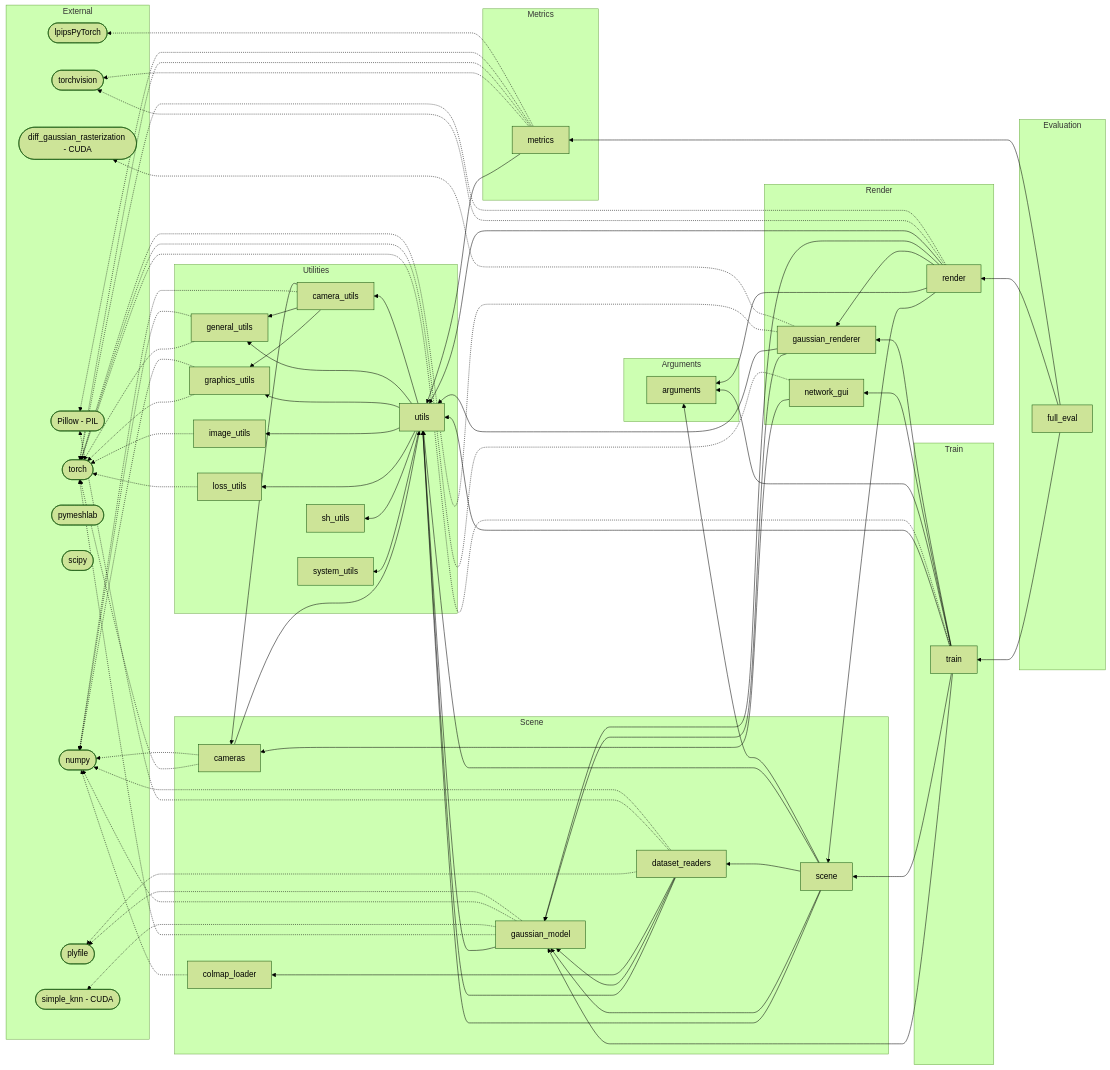
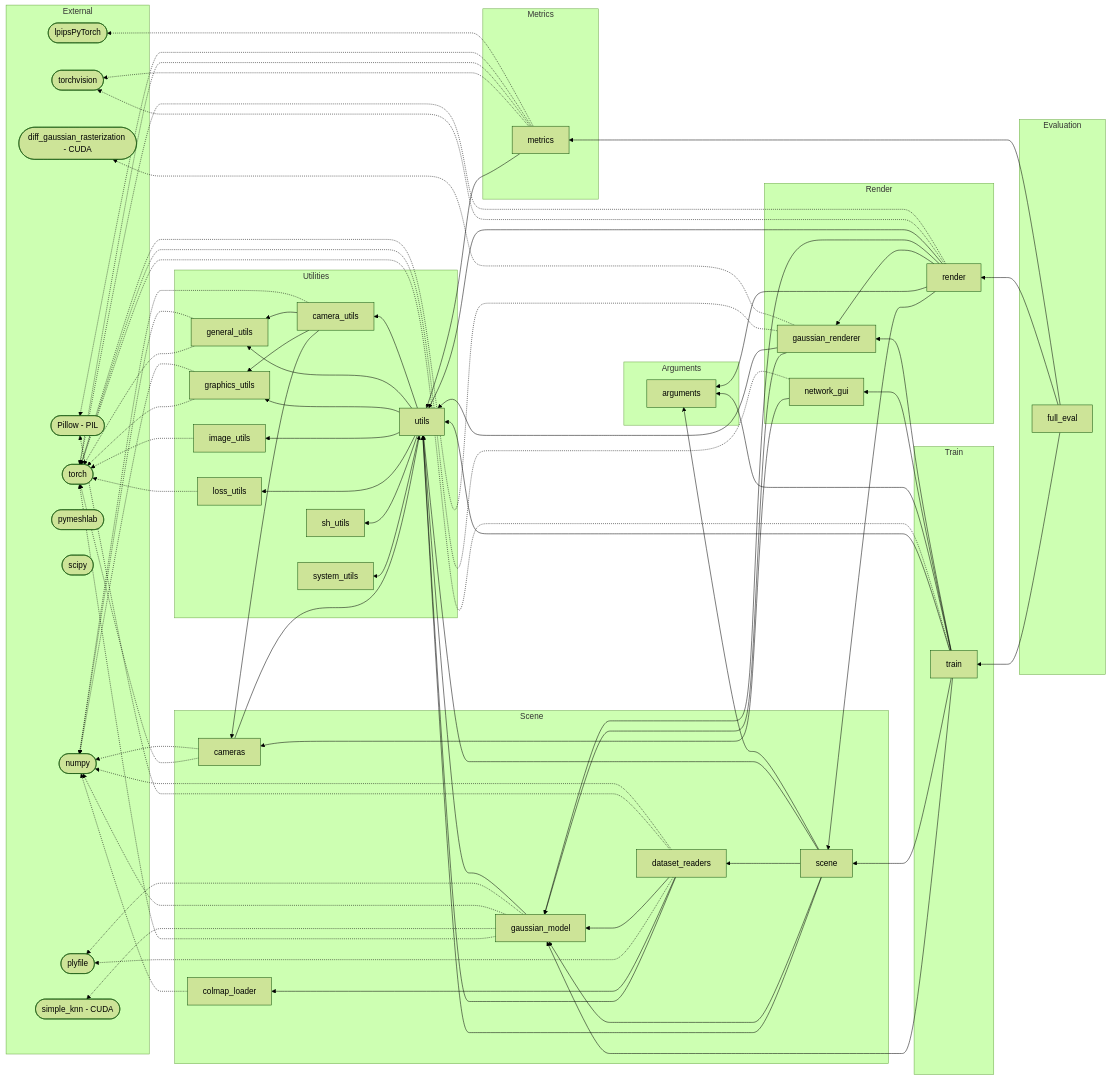
Before and after one commit to AsherJingkongChen/3DGS: the diagram in docs/dependency/original-reference.orig.md, drawn with Mermaid (forest theme). The commit also changed other lines of this file and 1 other file, not shown here.

Commit message:
(adjust), (fix): Organize the diagram and patch artifacts

```diff
--- a/docs/dependency/original-reference.orig.md
+++ b/docs/dependency/original-reference.orig.md
@@ -61,10 +61,10 @@
     utils --> sh_utils
     utils --> system_utils
 
-    camera_utils --> cameras
     camera_utils -.-> numpy
     camera_utils --> general_utils
     camera_utils --> graphics_utils
+    camera_utils --> cameras
 
     general_utils -.-> numpy
     general_utils -.-> torch
@@ -91,16 +91,16 @@
 
     dataset_readers -.-> numpy
     dataset_readers -.-> Pillow
+    dataset_readers --> gaussian_model
     dataset_readers -.-> plyfile
     dataset_readers --> colmap_loader
-    dataset_readers --> gaussian_model
     dataset_readers --> utils
 
+    gaussian_model --> utils
     gaussian_model -.-> plyfile
     gaussian_model -.-> numpy
     gaussian_model -.-> simple_knn
     gaussian_model -.-> torch
-    gaussian_model --> utils
   end
   subgraph Metrics
     metrics -.-> lpipsPyTorch
```
